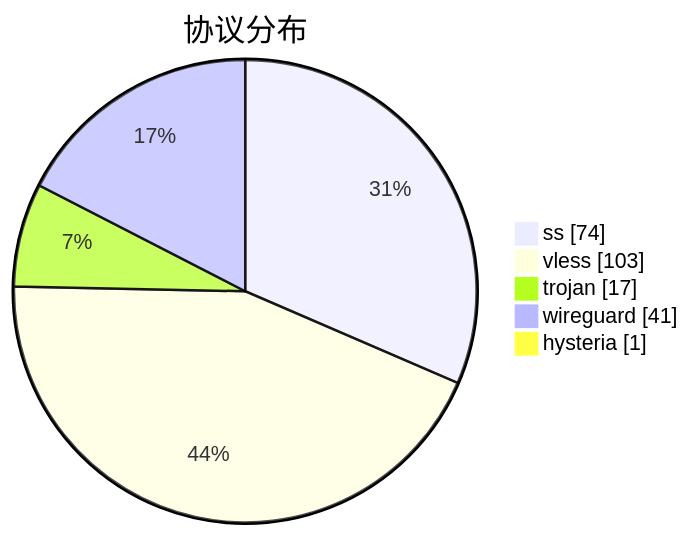
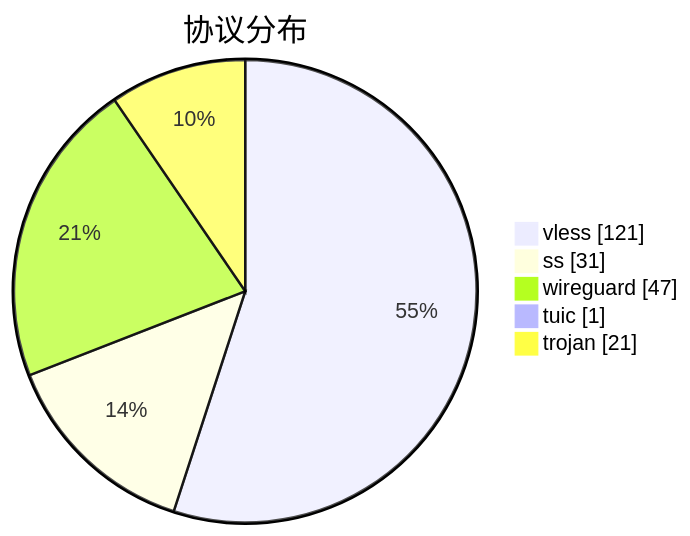
One commit to qjlxg/airport changed the third of 3 diagrams in subs/statistics/tested_within.md. Above: the diagram before and after it, drawn with Mermaid. The commit also changed other lines of this file and 2 other files, not shown here.

````diff
--- a/subs/statistics/tested_within.md
+++ b/subs/statistics/tested_within.md
@@ -27,9 +31,9 @@
 ```mermaid
 pie showData
 title 协议分布
-"ss" : 74
-"vless" : 103
-"trojan" : 17
-"wireguard" : 41
-"hysteria" : 1
+"vless" : 121
+"ss" : 31
+"wireguard" : 47
+"tuic" : 1
+"trojan" : 21
 ```
````
